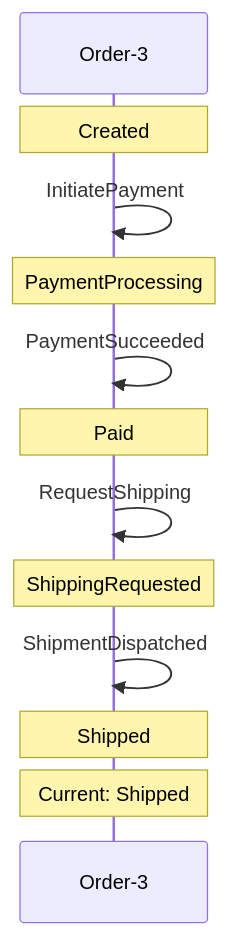
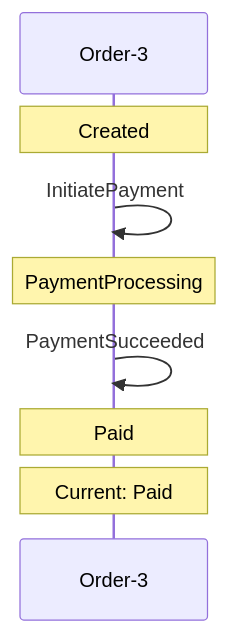
The second of 3 diagrams in docs/visualizations/order-3-trace.md (Iterable/mechanoid), drawn with Mermaid before and after one commit. The commit also changed other lines of this file and 16 other files, not shown here.

````diff
--- a/docs/visualizations/order-3-trace.md
+++ b/docs/visualizations/order-3-trace.md
@@ -60,14 +45,10 @@
 ```mermaid
 sequenceDiagram
     participant FSM as Order-3
     Note over FSM: Created
     FSM->>FSM: InitiatePayment
     Note over FSM: PaymentProcessing
     FSM->>FSM: PaymentSucceeded
     Note over FSM: Paid
-    FSM->>FSM: RequestShipping
-    Note over FSM: ShippingRequested
-    FSM->>FSM: ShipmentDispatched
-    Note over FSM: Shipped
-    Note over FSM: Current: Shipped
+    Note over FSM: Current: Paid
 ```
````
